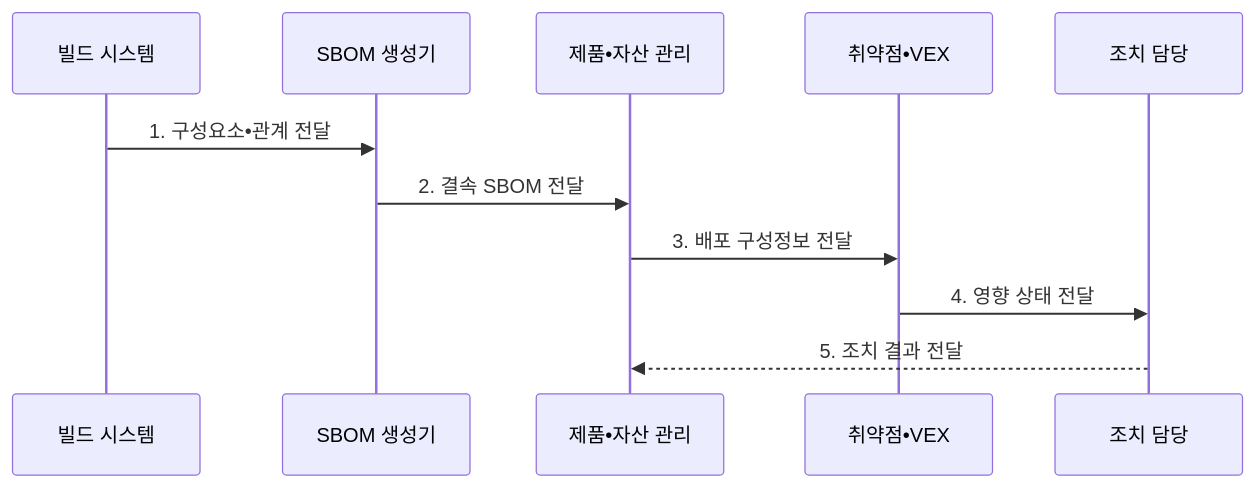
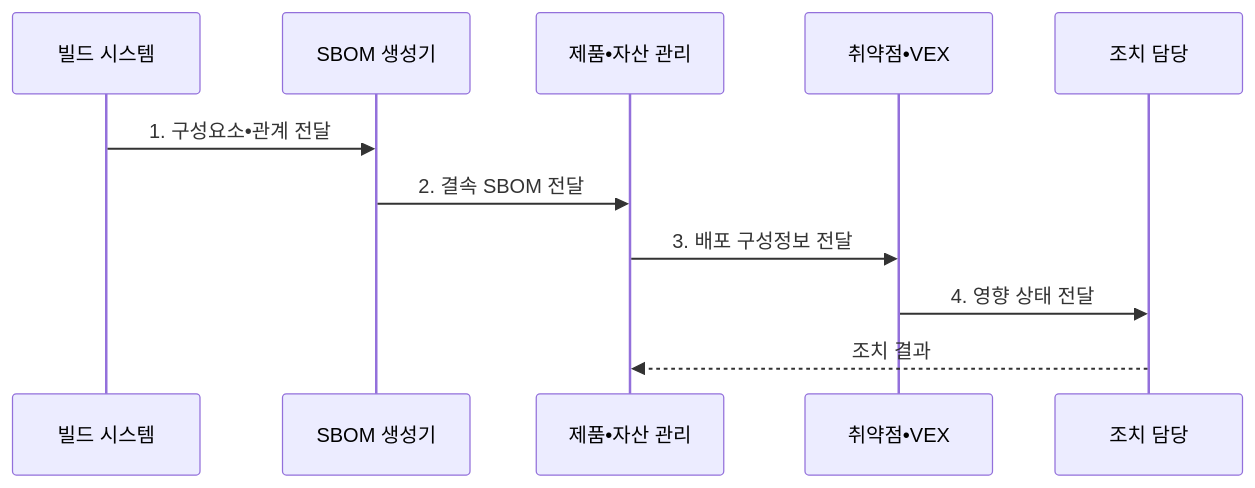
The second of 2 diagrams in src/content/docs/notes/08-latest-tech/187_sbom.md (agnusdei1207/knowledge-base), drawn with Mermaid before and after one commit. The commit also changed other lines of this file and 20 other files, not shown here.

````diff
--- a/src/content/docs/notes/08-latest-tech/187_sbom.md
+++ b/src/content/docs/notes/08-latest-tech/187_sbom.md
@@ -105,13 +105,13 @@
 ```mermaid
 sequenceDiagram
     participant B as 빌드 시스템
     participant S as SBOM 생성기
     participant A as 제품•자산 관리
     participant V as 취약점•VEX
     participant O as 조치 담당
     B->>S: 1. 구성요소•관계 전달
     S->>A: 2. 결속 SBOM 전달
     A->>V: 3. 배포 구성정보 전달
     V->>O: 4. 영향 상태 전달
-    O-->>A: 5. 조치 결과 전달
+    O-->>A: 조치 결과
 ```
````
